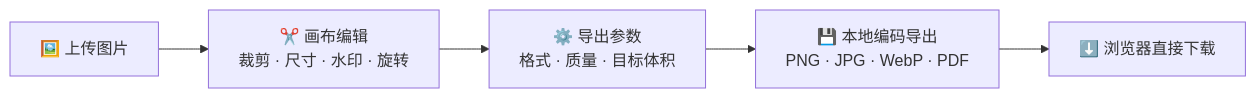
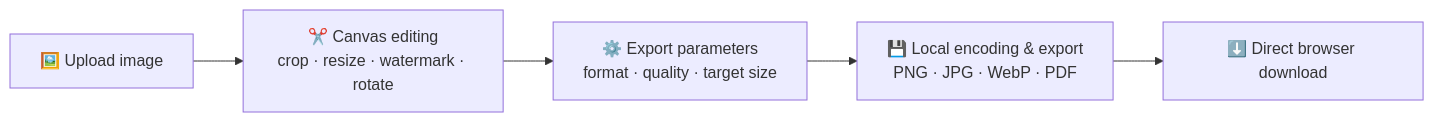
The diagram in README.md (Mocas-12/photochange), drawn with Mermaid before and after one commit. The commit also changed other lines of this file and 1 other file, not shown here.

````diff
--- a/README.md
+++ b/README.md
@@ -60,7 +62,7 @@
 ```mermaid
 flowchart LR
-    A[🖼️ 上传图片] --> B[✂️ 画布编辑<br/>裁剪 · 尺寸 · 水印 · 旋转]
-    B --> C[⚙️ 导出参数<br/>格式 · 质量 · 目标体积]
-    C --> D[💾 本地编码导出<br/>PNG · JPG · WebP · PDF]
-    D --> E[⬇️ 浏览器直接下载]
+    A[🖼️ Upload image] --> B[✂️ Canvas editing<br/>crop · resize · watermark · rotate]
+    B --> C[⚙️ Export parameters<br/>format · quality · target size]
+    C --> D[💾 Local encoding & export<br/>PNG · JPG · WebP · PDF]
+    D --> E[⬇️ Direct browser download]
 ```
````
